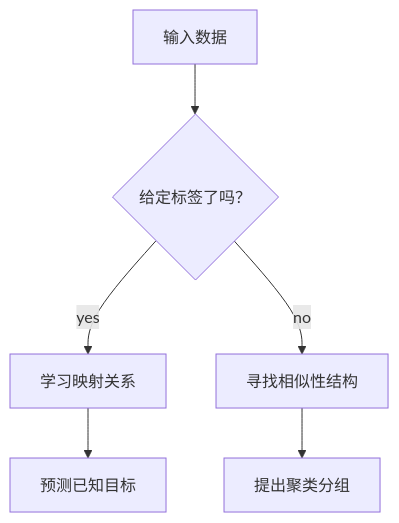
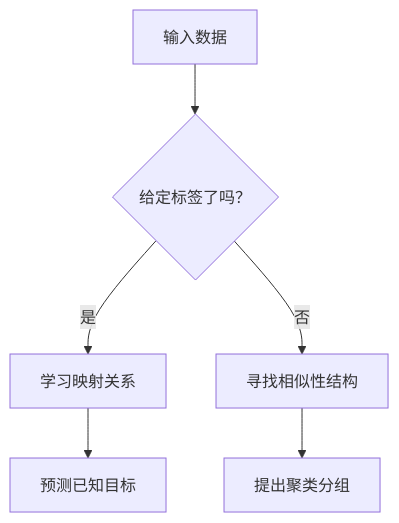
The diagram in docs/assets/part-04/chapter-17/p4-17-1-mermaid-01-zh.mmd (devchan64/AiBook), drawn with Mermaid before and after one commit. The commit also changed 87 other files, not shown here.

Commit message:
Refine Part 4 Korean and Chinese diagram localization

```diff
--- a/docs/assets/part-04/chapter-17/p4-17-1-mermaid-01-zh.mmd
+++ b/docs/assets/part-04/chapter-17/p4-17-1-mermaid-01-zh.mmd
@@ -1,11 +1,11 @@
 flowchart TD
   A["输入数据"]
   B{"给定标签了吗？"}
   C["学习映射关系"]
   D["预测已知目标"]
   E["寻找相似性结构"]
   F["提出聚类分组"]
 
   A --> B
-  B -->|yes| C --> D
-  B -->|no| E --> F
+  B -->|是| C --> D
+  B -->|否| E --> F
```
